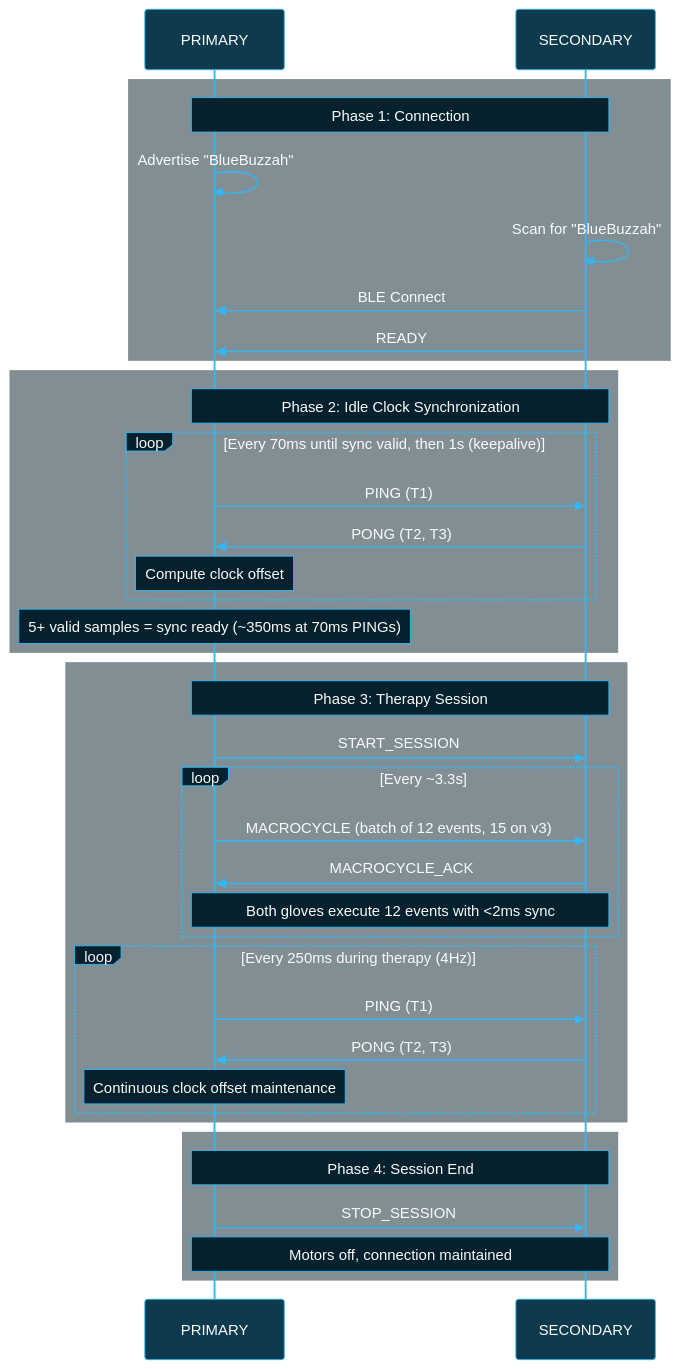
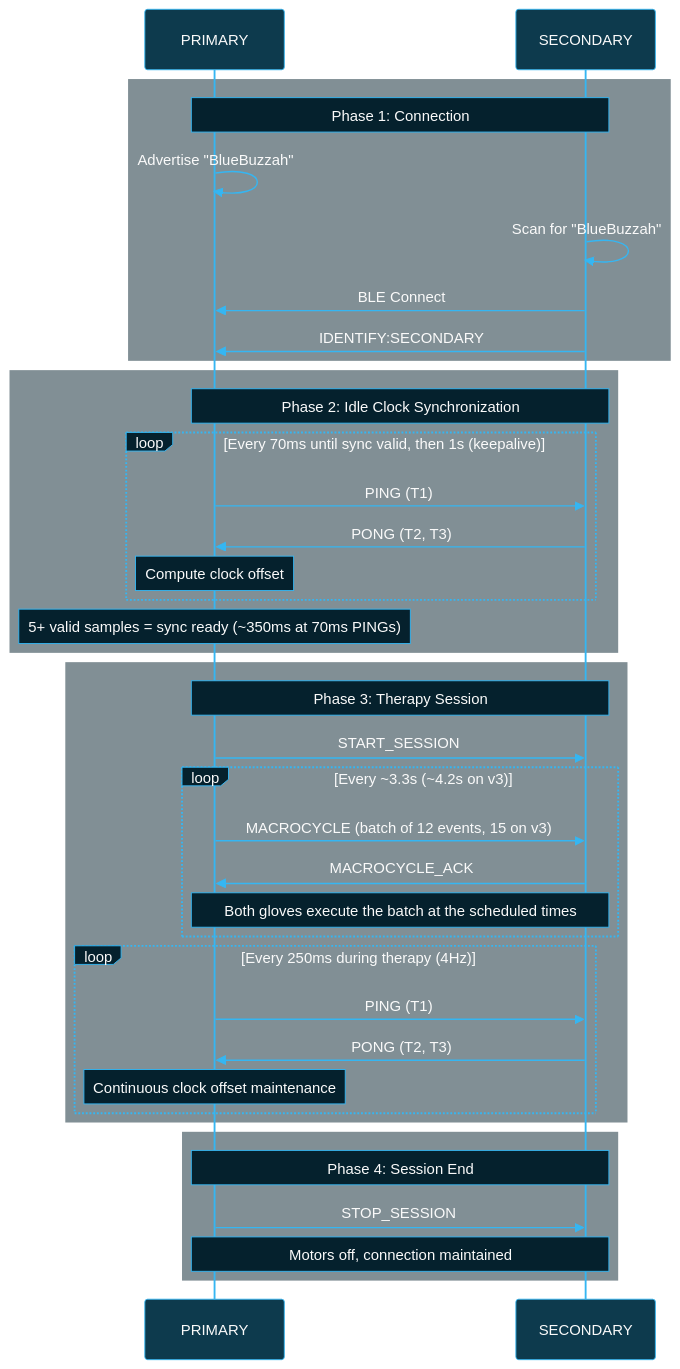
One commit to BlueBuzzah/BlueBuzzah-Firmware changed the first of 5 diagrams in docs/SYNCHRONIZATION_PROTOCOL.md. Above: the diagram before and after it, drawn with Mermaid. The commit also changed other lines of this file and 12 other files, not shown here.

````diff
--- a/docs/SYNCHRONIZATION_PROTOCOL.md
+++ b/docs/SYNCHRONIZATION_PROTOCOL.md
@@ -31,69 +31,69 @@
 ```mermaid
 %%{init: {'theme': 'base', 'themeVariables': {
   'primaryColor': '#0d3a4d',
   'primaryTextColor': '#fafafa',
   'primaryBorderColor': '#35B6F2',
   'lineColor': '#35B6F2',
   'secondaryColor': '#05212D',
   'tertiaryColor': '#0a0a0a',
   'background': '#0a0a0a',
   'actorBkg': '#0d3a4d',
   'actorBorder': '#35B6F2',
   'actorTextColor': '#fafafa',
   'actorLineColor': '#35B6F2',
   'signalColor': '#35B6F2',
   'signalTextColor': '#fafafa',
   'labelBoxBkgColor': '#05212D',
   'labelBoxBorderColor': '#35B6F2',
   'labelTextColor': '#fafafa',
   'loopTextColor': '#fafafa',
   'noteBkgColor': '#05212D',
   'noteBorderColor': '#35B6F2',
   'noteTextColor': '#fafafa',
   'activationBkgColor': '#0d3a4d',
   'activationBorderColor': '#35B6F2',
   'sequenceNumberColor': '#fafafa'
 }}}%%
 sequenceDiagram
     participant P as PRIMARY
     participant S as SECONDARY
 
     rect rgba(5, 33, 45, 0.5)
         Note over P,S: Phase 1: Connection
         P->>P: Advertise "BlueBuzzah"
         S->>S: Scan for "BlueBuzzah"
         S->>P: BLE Connect
-        S->>P: READY
+        S->>P: IDENTIFY:SECONDARY
     end
 
     rect rgba(5, 33, 45, 0.5)
         Note over P,S: Phase 2: Idle Clock Synchronization
         loop Every 70ms until sync valid, then 1s (keepalive)
             P->>S: PING (T1)
             S->>P: PONG (T2, T3)
             Note over P: Compute clock offset
         end
         Note over P: 5+ valid samples = sync ready (~350ms at 70ms PINGs)
     end
 
     rect rgba(5, 33, 45, 0.5)
         Note over P,S: Phase 3: Therapy Session
         P->>S: START_SESSION
-        loop Every ~3.3s
+        loop Every ~3.3s (~4.2s on v3)
             P->>S: MACROCYCLE (batch of 12 events, 15 on v3)
             S->>P: MACROCYCLE_ACK
-            Note over P,S: Both gloves execute 12 events with <2ms sync
+            Note over P,S: Both gloves execute the batch at the scheduled times
         end
         loop Every 250ms during therapy (4Hz)
             P->>S: PING (T1)
             S->>P: PONG (T2, T3)
             Note over P: Continuous clock offset maintenance
         end
     end
 
     rect rgba(5, 33, 45, 0.5)
         Note over P,S: Phase 4: Session End
         P->>S: STOP_SESSION
         Note over P,S: Motors off, connection maintained
     end
 ```
````
